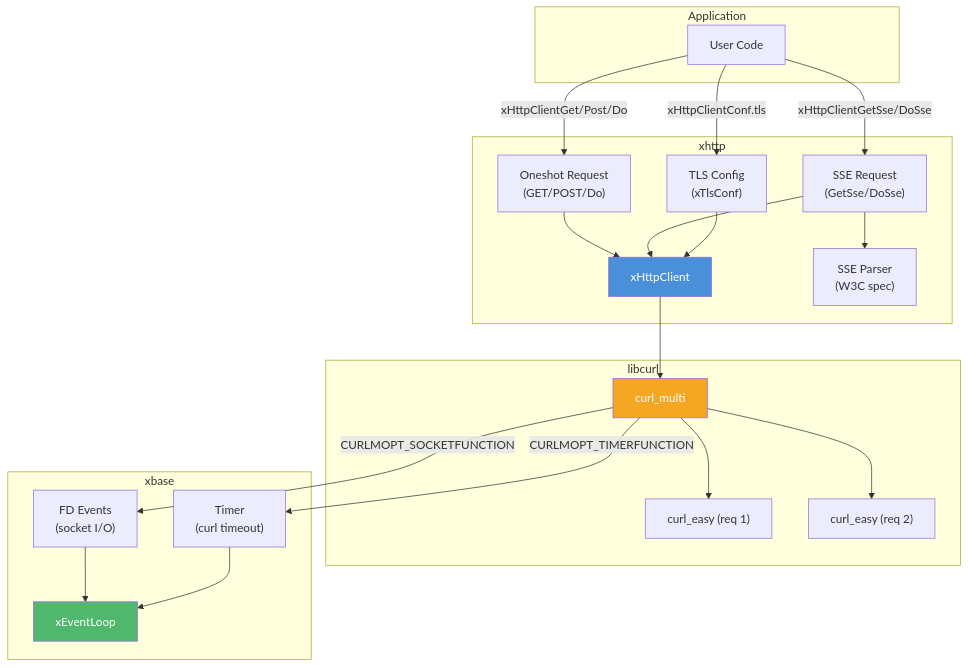
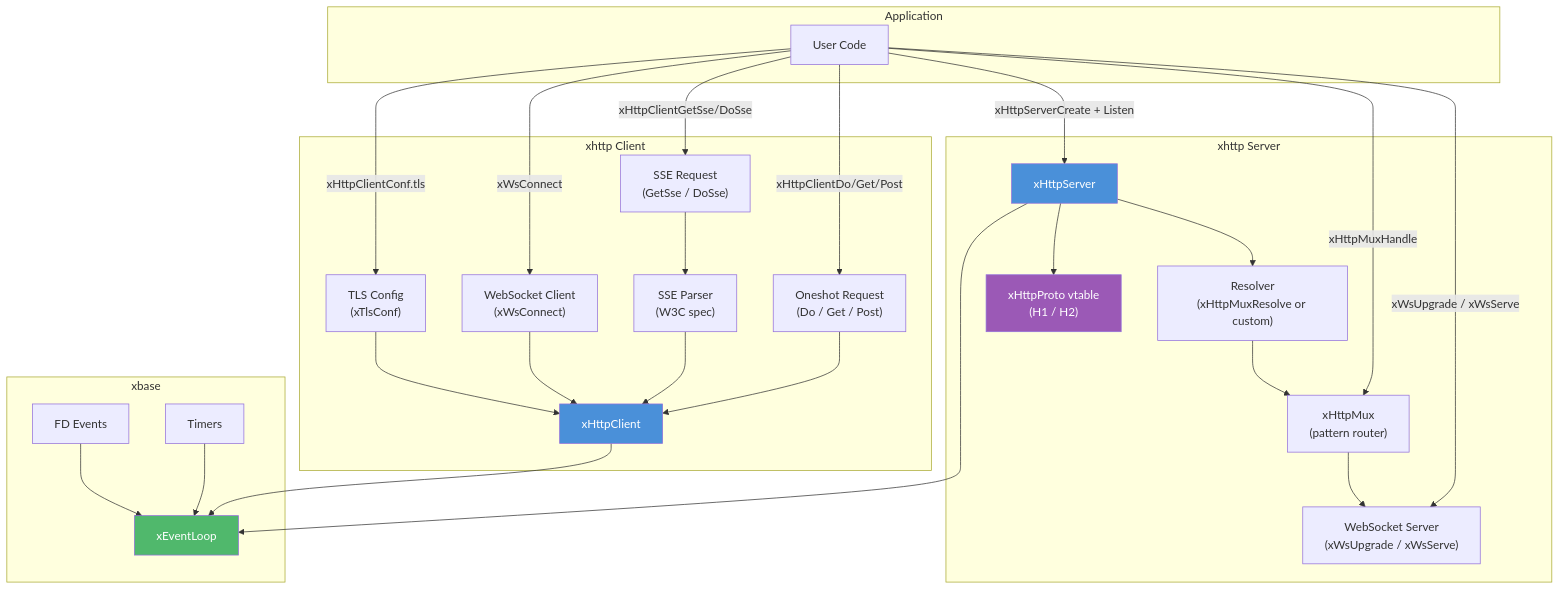
One commit to mivinci/x changed the diagram in docs/libx/http/README.md. Above: the diagram before and after it, drawn with Mermaid. The commit also changed other lines of this file and 6 other files, not shown here.

````diff
--- a/docs/libx/http/README.md
+++ b/docs/libx/http/README.md
@@ -23,45 +80,57 @@
 ```mermaid
 graph TD
     subgraph "Application"
         APP["User Code"]
     end
 
-    subgraph "xhttp"
+    subgraph "xhttp Client"
         CLIENT["xHttpClient"]
         TLS_CLI["TLS Config<br/>(xTlsConf)"]
-        ONESHOT["Oneshot Request<br/>(GET/POST/Do)"]
-        SSE["SSE Request<br/>(GetSse/DoSse)"]
+        ONESHOT["Oneshot Request<br/>(Do / Get / Post)"]
+        SSE["SSE Request<br/>(GetSse / DoSse)"]
+        WS_C["WebSocket Client<br/>(xWsConnect)"]
         PARSER["SSE Parser<br/>(W3C spec)"]
     end
 
-    subgraph "libcurl"
-        MULTI["curl_multi"]
-        EASY1["curl_easy (req 1)"]
-        EASY2["curl_easy (req 2)"]
+    subgraph "xhttp Server"
+        SERVER["xHttpServer"]
+        RESOLVER["Resolver<br/>(xHttpMuxResolve or custom)"]
+        MUX["xHttpMux<br/>(pattern router)"]
+        PROTO["xHttpProto vtable<br/>(H1 / H2)"]
+        WS_S["WebSocket Server<br/>(xWsUpgrade / xWsServe)"]
     end
 
     subgraph "xbase"
         LOOP["xEventLoop"]
-        TIMER["Timer<br/>(curl timeout)"]
-        FD["FD Events<br/>(socket I/O)"]
+        TIMER["Timers"]
+        FD["FD Events"]
     end
 
-    APP -->|"xHttpClientGet/Post/Do"| ONESHOT
+    APP -->|"xHttpClientDo/Get/Post"| ONESHOT
     APP -->|"xHttpClientGetSse/DoSse"| SSE
+    APP -->|"xWsConnect"| WS_C
+    APP -->|"xHttpServerCreate + Listen"| SERVER
+    APP -->|"xHttpMuxHandle"| MUX
+    APP -->|"xWsUpgrade / xWsServe"| WS_S
     APP -->|"xHttpClientConf.tls"| TLS_CLI
-    SSE --> PARSER
+
     ONESHOT --> CLIENT
-    SSE --> CLIENT
+    SSE --> PARSER --> CLIENT
+    WS_C --> CLIENT
     TLS_CLI --> CLIENT
-    CLIENT --> MULTI
-    MULTI --> EASY1
-    MULTI --> EASY2
-    MULTI -->|"CURLMOPT_SOCKETFUNCTION"| FD
-    MULTI -->|"CURLMOPT_TIMERFUNCTION"| TIMER
+
+    SERVER --> RESOLVER
+    RESOLVER --> MUX
+    SERVER --> PROTO
+    MUX --> WS_S
+
+    CLIENT --> LOOP
+    SERVER --> LOOP
+    TIMER --> LOOP
     FD --> LOOP
-    TIMER --> LOOP
 
     style CLIENT fill:#4a90d9,color:#fff
+    style SERVER fill:#4a90d9,color:#fff
     style LOOP fill:#50b86c,color:#fff
-    style MULTI fill:#f5a623,color:#fff
+    style PROTO fill:#9b59b6,color:#fff
 ```
````
